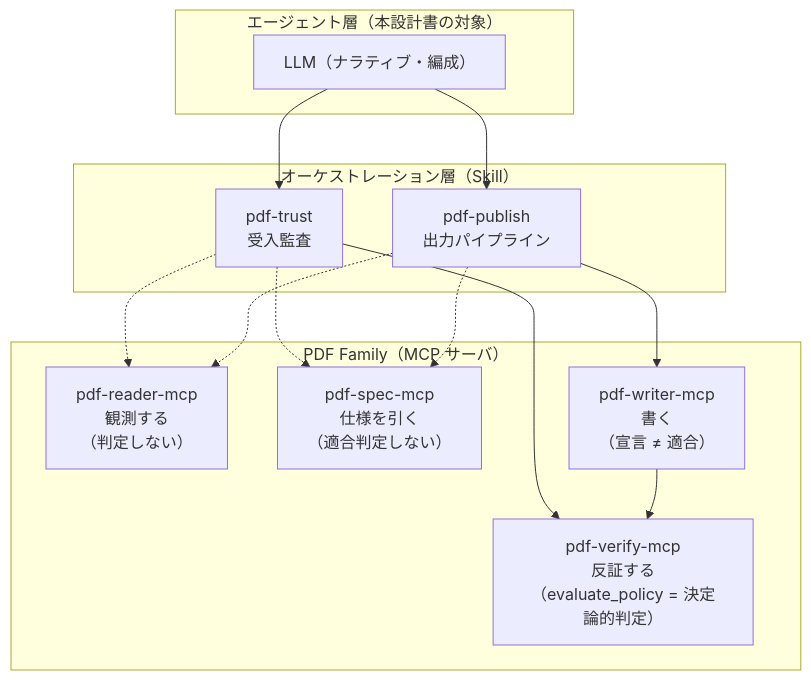
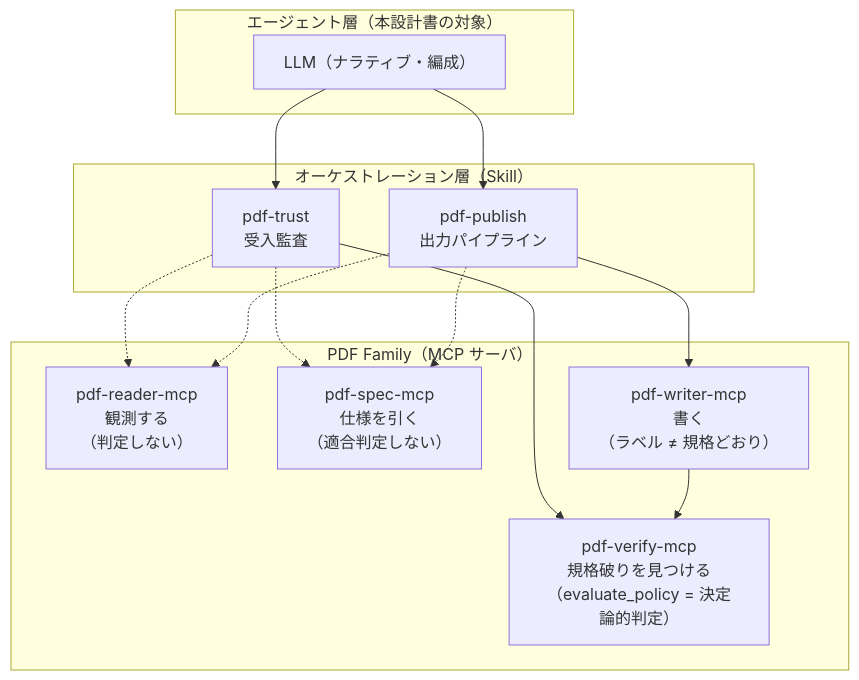
One commit to shuji-bonji/pdf-specialist-plugin changed the first of 4 diagrams in docs/design/README.md. Above: the diagram before and after it, drawn with Mermaid. The commit also changed 1 other file, not shown here.

Commit message:
fix: README.md の訂正

````diff
--- a/docs/design/README.md
+++ b/docs/design/README.md
@@ -19,21 +19,21 @@
 ```mermaid
 flowchart TB
     subgraph agent["エージェント層（本設計書の対象）"]
         LLM["LLM（ナラティブ・編成）"]
     end
     subgraph skill["オーケストレーション層（Skill）"]
         TRUST["pdf-trust<br/>受入監査"]
         PUBLISH["pdf-publish<br/>出力パイプライン"]
     end
     subgraph family["PDF Family（MCP サーバ）"]
         READER["pdf-reader-mcp<br/>観測する<br/>（判定しない）"]
         SPEC["pdf-spec-mcp<br/>仕様を引く<br/>（適合判定しない）"]
-        VERIFY["pdf-verify-mcp<br/>反証する<br/>（evaluate_policy = 決定論的判定）"]
-        WRITER["pdf-writer-mcp<br/>書く<br/>（宣言 ≠ 適合）"]
+        VERIFY["pdf-verify-mcp<br/>規格破りを見つける<br/>（evaluate_policy = 決定論的判定）"]
+        WRITER["pdf-writer-mcp<br/>書く<br/>（ラベル ≠ 規格どおり）"]
     end
     LLM --> TRUST & PUBLISH
     TRUST --> VERIFY
     TRUST -.-> READER & SPEC
     PUBLISH --> WRITER --> VERIFY
     PUBLISH -.-> READER & SPEC
 ```
````
